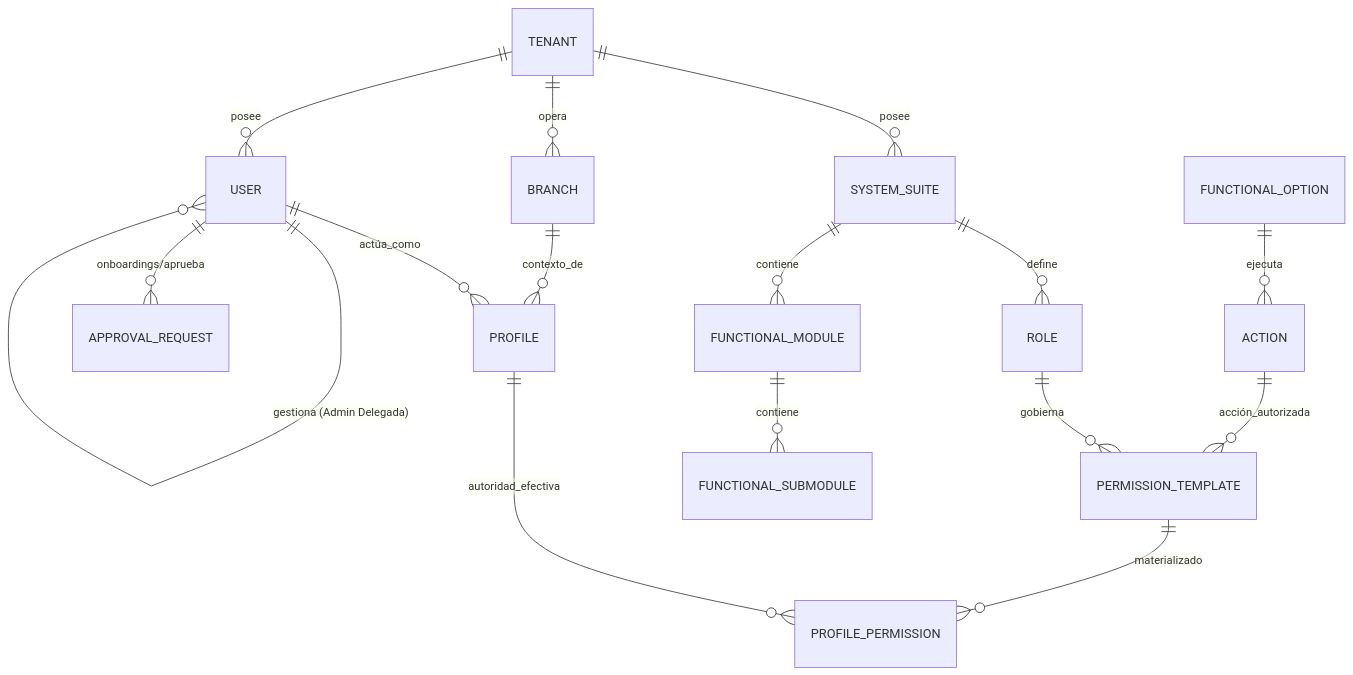
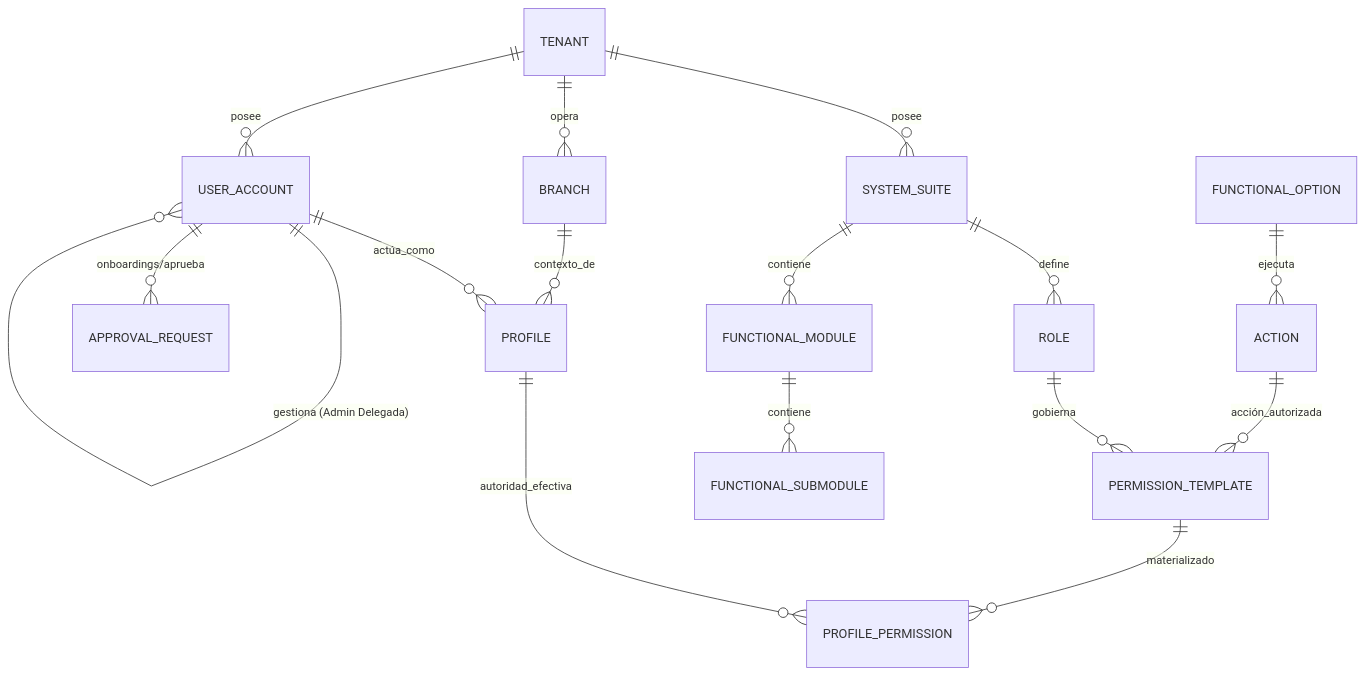
Before and after one commit to beyondnetcode/ums: the first of 4 diagrams in architecture/blueprints-es/database-design-er.md, drawn with Mermaid. The commit also changed other lines of this file and 2 other files, not shown here.

Commit message:
fix(auth): unify user table naming to USER_ACCOUNT to resolve reference errors

````diff
--- a/architecture/blueprints-es/database-design-er.md
+++ b/architecture/blueprints-es/database-design-er.md
@@ -27,23 +27,23 @@
 ```mermaid
 erDiagram
     TENANT ||--o{ SYSTEM_SUITE : "posee"
     TENANT ||--o{ BRANCH : "opera"
-    TENANT ||--o{ USER : "posee"
+    TENANT ||--o{ USER_ACCOUNT : "posee"
     SYSTEM_SUITE ||--o{ ROLE : "define"
     SYSTEM_SUITE ||--o{ FUNCTIONAL_MODULE : "contiene"
     
     ROLE ||--o{ PERMISSION_TEMPLATE : "gobierna"
     PERMISSION_TEMPLATE ||--o{ PROFILE_PERMISSION : "materializado"
     
-    USER ||--o{ PROFILE : "actúa_como"
-    USER ||--o{ USER : "gestiona (Admin Delegada)"
-    USER ||--o{ APPROVAL_REQUEST : "onboardings/aprueba"
+    USER_ACCOUNT ||--o{ PROFILE : "actúa_como"
+    USER_ACCOUNT ||--o{ USER_ACCOUNT : "gestiona (Admin Delegada)"
+    USER_ACCOUNT ||--o{ APPROVAL_REQUEST : "onboardings/aprueba"
     
     BRANCH ||--o{ PROFILE : "contexto_de"
     PROFILE ||--o{ PROFILE_PERMISSION : "autoridad_efectiva"
     
     FUNCTIONAL_MODULE ||--o{ FUNCTIONAL_SUBMODULE : "contiene"
     FUNCTIONAL_OPTION ||--o{ ACTION : "ejecuta"
     
     ACTION ||--o{ PERMISSION_TEMPLATE : "acción_autorizada"
 ```
````
